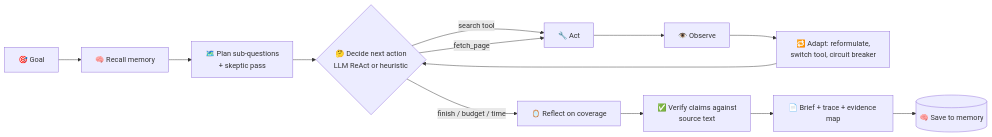
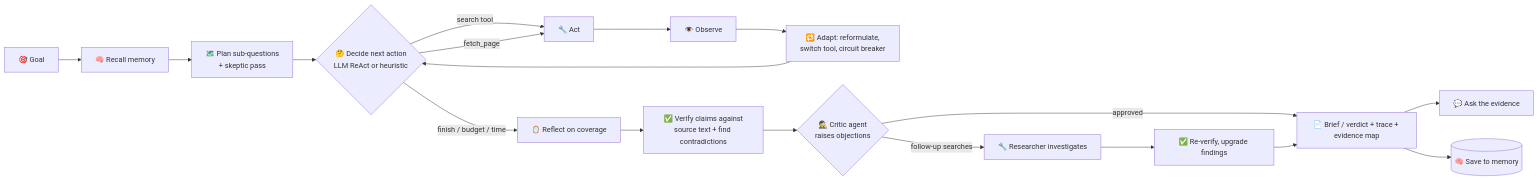
The diagram in README.md (gourav-ai-engineer/AIC_Internal), drawn with Mermaid before and after one commit. The commit also changed other lines of this file and 25 other files, not shown here.

First line of the commit message:
Add Critic agent, contradiction detection, fact-check mode and evidence Q&A

````diff
--- a/README.md
+++ b/README.md
@@ -28,15 +38,20 @@
 ```mermaid
 flowchart LR
     G[🎯 Goal] --> M[🧠 Recall memory]
     M --> P[🗺️ Plan sub-questions<br/>+ skeptic pass]
     P --> D{🤔 Decide next action<br/>LLM ReAct or heuristic}
     D -- search tool --> A[🔧 Act]
     D -- fetch_page --> A
     A --> O[👁️ Observe]
     O --> AD[🔁 Adapt: reformulate,<br/>switch tool, circuit breaker]
     AD --> D
     D -- finish / budget / time --> R[🪞 Reflect on coverage]
-    R --> V[✅ Verify claims against<br/>source text]
-    V --> B[📄 Brief + trace + evidence map]
+    R --> V[✅ Verify claims against<br/>source text + find contradictions]
+    V --> C{🕵️ Critic agent<br/>raises objections}
+    C -- follow-up searches --> A2[🔧 Researcher investigates]
+    A2 --> V2[✅ Re-verify, upgrade findings]
+    C -- approved --> B
+    V2 --> B[📄 Brief / verdict + trace + evidence map]
+    B --> Q[💬 Ask the evidence]
     B --> M2[(🧠 Save to memory)]
 ```
````
